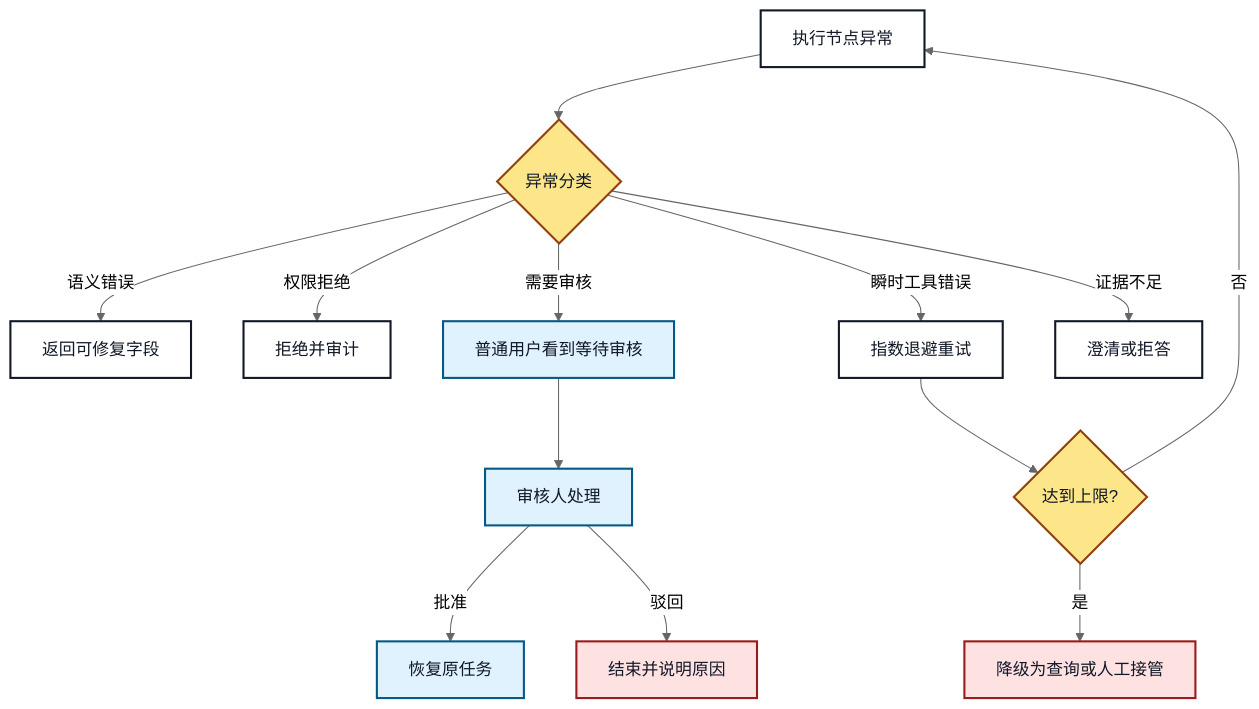
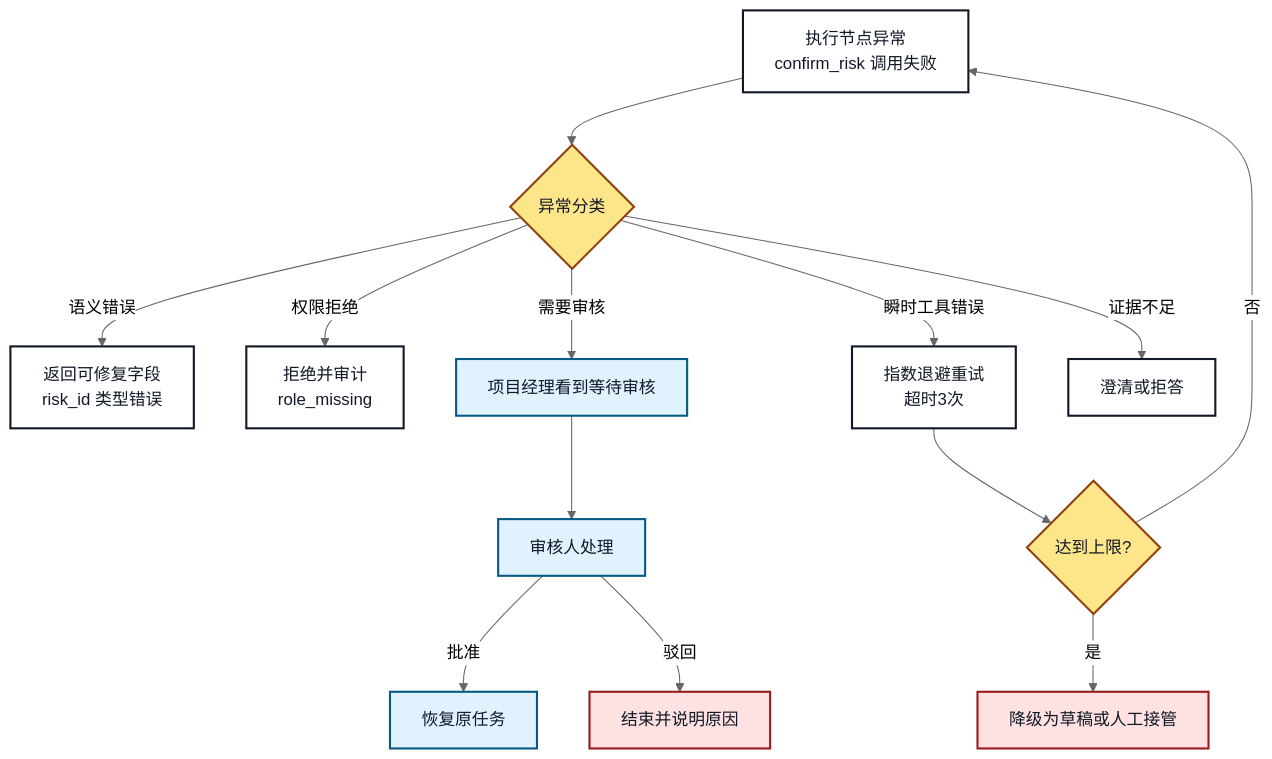
The fourth of 4 diagrams in 本体论-agent/05-Agent集成/16.本体论与权限安全边界和异常处理.md (sealzrt/2026-08--agent), drawn with Mermaid (neutral theme) before and after one commit. The commit also changed other lines of this file and 62 other files, not shown here.

````diff
--- a/本体论-agent/05-Agent集成/16.本体论与权限安全边界和异常处理.md
+++ b/本体论-agent/05-Agent集成/16.本体论与权限安全边界和异常处理.md
@@ -84,24 +131,24 @@
 ```mermaid
 flowchart TD
-    X[执行节点异常] --> C{异常分类}
-    C -->|语义错误| S[返回可修复字段]
-    C -->|权限拒绝| P[拒绝并审计]
-    C -->|需要审核| H[普通用户看到等待审核]
+    X[执行节点异常<br/>confirm_risk 调用失败] --> C{异常分类}
+    C -->|语义错误| S[返回可修复字段<br/>risk_id 类型错误]
+    C -->|权限拒绝| P[拒绝并审计<br/>role_missing]
+    C -->|需要审核| H[项目经理看到等待审核]
     H --> V[审核人处理]
     V -->|批准| R[恢复原任务]
     V -->|驳回| F[结束并说明原因]
-    C -->|瞬时工具错误| T[指数退避重试]
+    C -->|瞬时工具错误| T[指数退避重试<br/>超时3次]
     T --> Q{达到上限?}
     Q -->|否| X
-    Q -->|是| D[降级为查询或人工接管]
+    Q -->|是| D[降级为草稿或人工接管]
     C -->|证据不足| A[澄清或拒答]
 
     classDef normal fill:#FFFFFF,stroke:#111827,color:#111827,stroke-width:2px;
     classDef decision fill:#FDE68A,stroke:#92400E,color:#111827,stroke-width:2px;
     classDef human fill:#E0F2FE,stroke:#075985,color:#111827,stroke-width:2px;
     classDef failure fill:#FEE2E2,stroke:#991B1B,color:#111827,stroke-width:2px;
     class X,S,P,T,A normal;
     class C,Q decision;
     class H,V,R human;
     class F,D failure;
 ```
````
